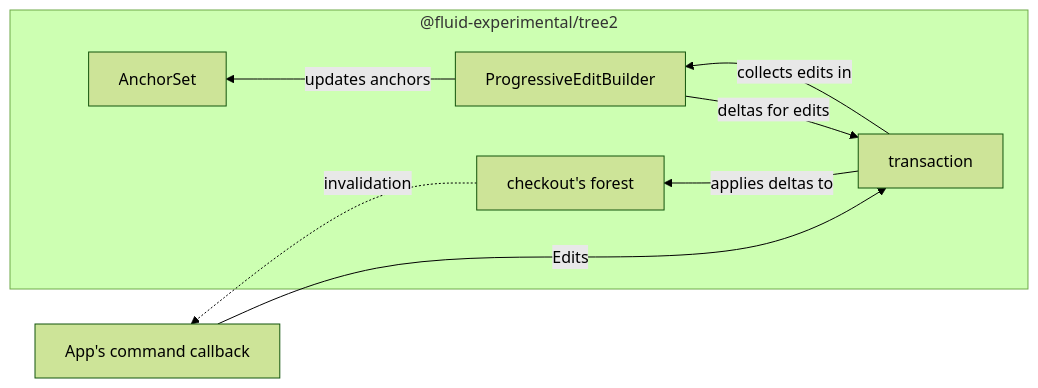
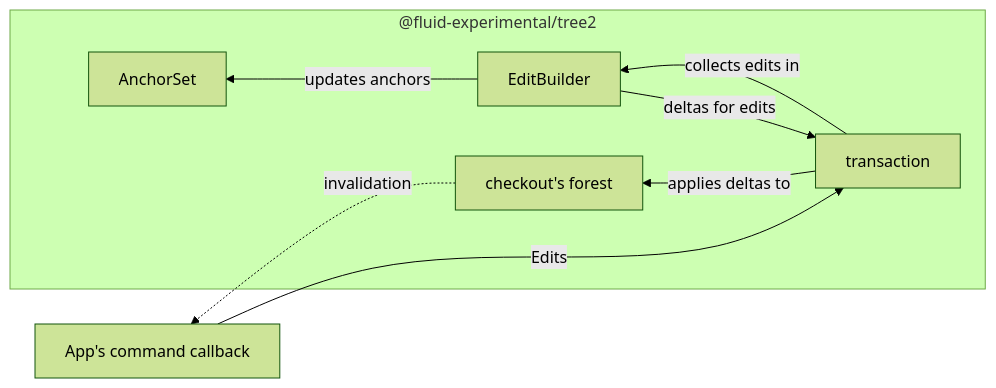
Before and after one commit to microsoft/FluidFramework: the third of 6 diagrams in experimental/dds/tree2/README.md, drawn with Mermaid (forest theme). The commit also changed other lines of this file and 12 other files, not shown here.

Commit message:
Remove ProgressiveEditBuilder

````diff
--- a/experimental/dds/tree2/README.md
+++ b/experimental/dds/tree2/README.md
@@ -202,12 +202,12 @@
 ```mermaid
 flowchart RL
     subgraph "@fluid-experimental/tree2"
-        transaction--"collects edits in"-->ProgressiveEditBuilder
-        ProgressiveEditBuilder--"updates anchors"-->AnchorSet
-        ProgressiveEditBuilder--"deltas for edits"-->transaction
+        transaction--"collects edits in"-->EditBuilder
+        EditBuilder--"updates anchors"-->AnchorSet
+        EditBuilder--"deltas for edits"-->transaction
         transaction--"applies deltas to"-->forest["checkout's forest"]
     end
     command["App's command callback"]
     command--"Edits"-->transaction
     forest-."invalidation".->command
 ```
````
